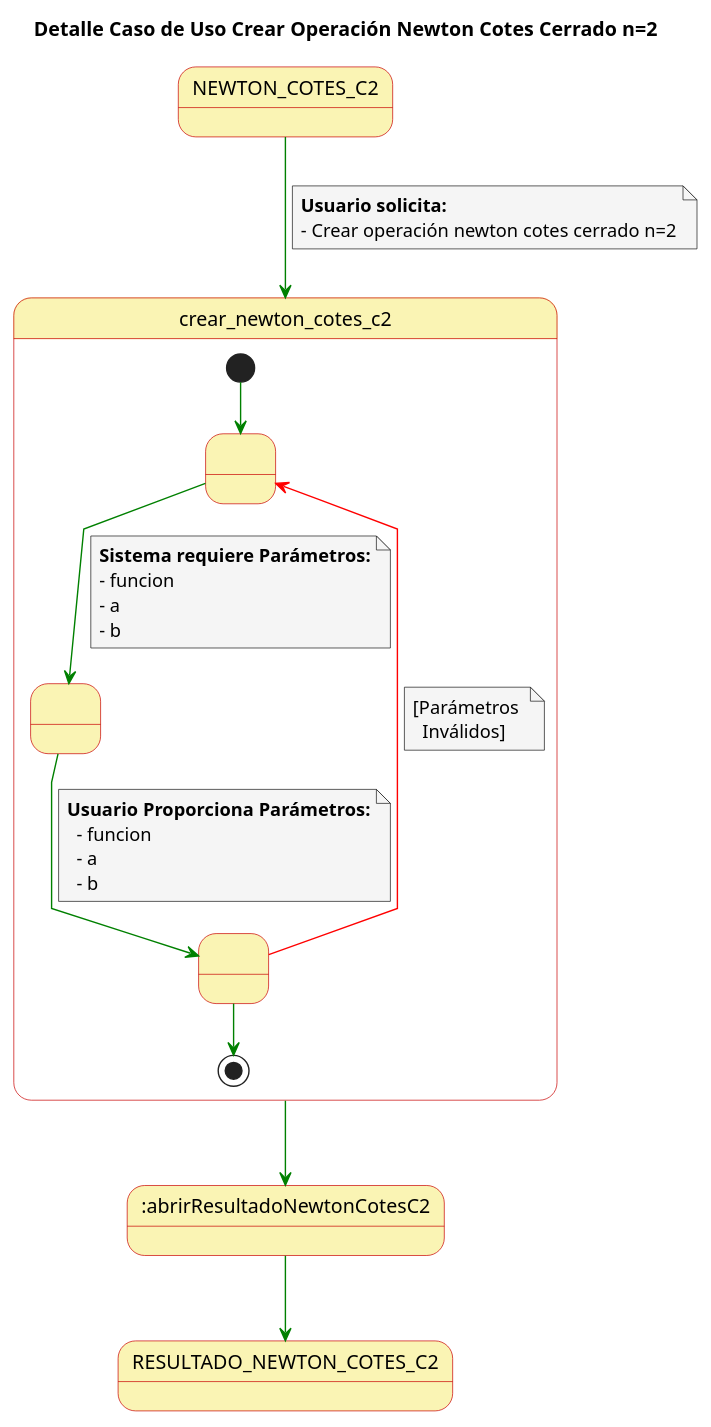
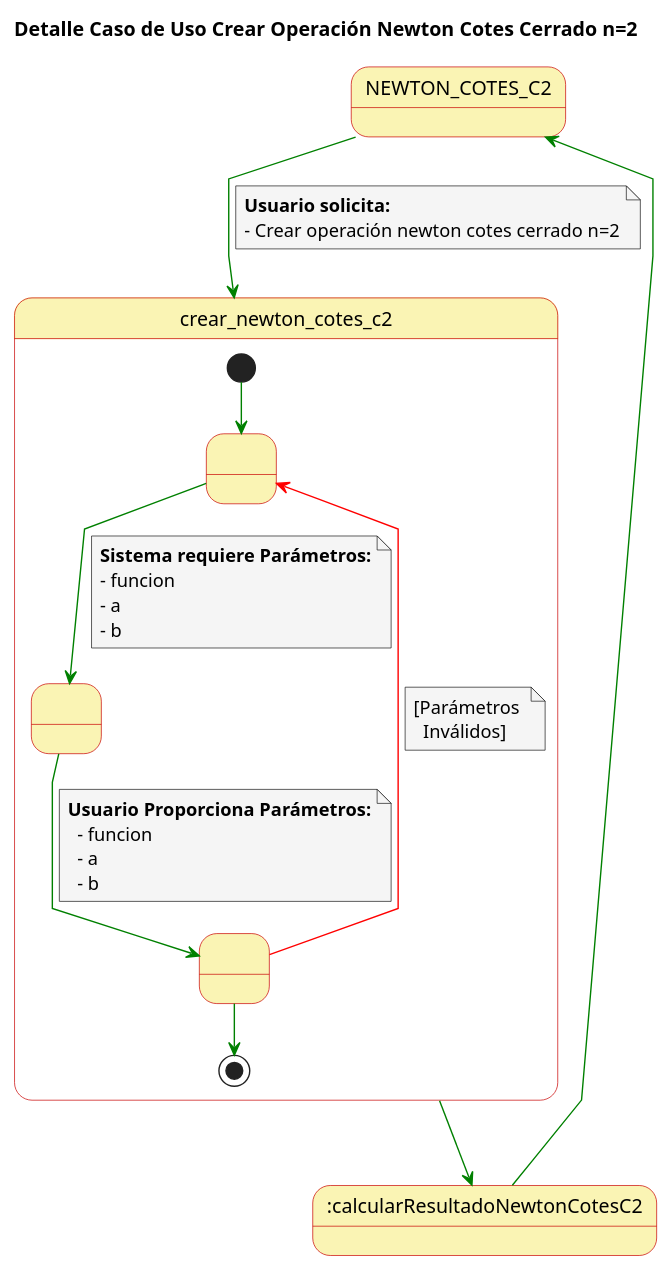
One commit to rodri5villa/numath-API changed the diagram in casosDeUso/detallesCasosUsoDiferenciacionNumericaEIntegracion/detalleCasoUsoCrearNewtonCotesC2.puml. Above: the diagram before and after it, drawn with PlantUML. The commit also changed 148 other files, not shown here.

```diff
--- a/casosDeUso/detallesCasosUsoDiferenciacionNumericaEIntegracion/detalleCasoUsoCrearNewtonCotesC2.puml
+++ b/casosDeUso/detallesCasosUsoDiferenciacionNumericaEIntegracion/detalleCasoUsoCrearNewtonCotesC2.puml
@@ -1,56 +1,59 @@
 @startuml
+
+top to bottom direction
 
 skinparam state {
   BackgroundColor #faf4b4
   BorderColor #c90000
 }
 
 skinparam note {
   BackgroundColor #f5f5f5
 }
 
 skinparam linetype polyline
 
 title Detalle Caso de Uso Crear Operación Newton Cotes Cerrado n=2
 
+state NEWTON_COTES_C2
 
 NEWTON_COTES_C2-[#green]-> crear_newton_cotes_c2
 note on link
   **Usuario solicita:**
   - Crear operación newton cotes cerrado n=2
 end note
 
 state crear_newton_cotes_c2{
   state 1 as " "
   state 2 as " "
   state 3 as " "
   
   [*] -[#green]-> 1
   1 -[#green]-> 2
   note on link
       **Sistema requiere Parámetros:**
       - funcion
       - a
       - b
   end note
   2 -[#green]-> 3
   note on link
     **Usuario Proporciona Parámetros:**
       - funcion
       - a
       - b
   end note
   3 -[#red]-> 1
   note on link
     [Parámetros 
       Inválidos]
   end note
   3 -[#green]-> [*]
 
 }
 
-crear_newton_cotes_c2-[#green]-> :abrirResultadoNewtonCotesC2
+crear_newton_cotes_c2-[#green]-> :calcularResultadoNewtonCotesC2
 
-:abrirResultadoNewtonCotesC2-[#green]-> RESULTADO_NEWTON_COTES_C2
+:calcularResultadoNewtonCotesC2-[#green]-> NEWTON_COTES_C2
 
 @enduml
```
